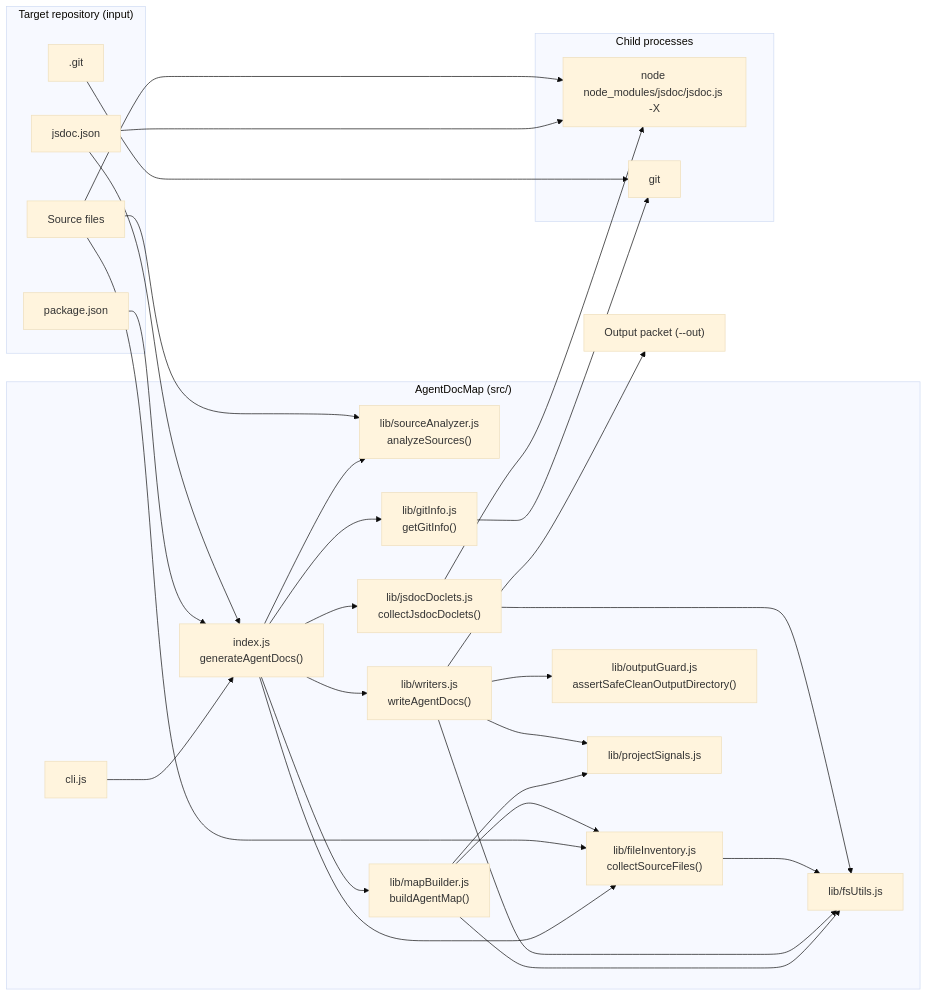
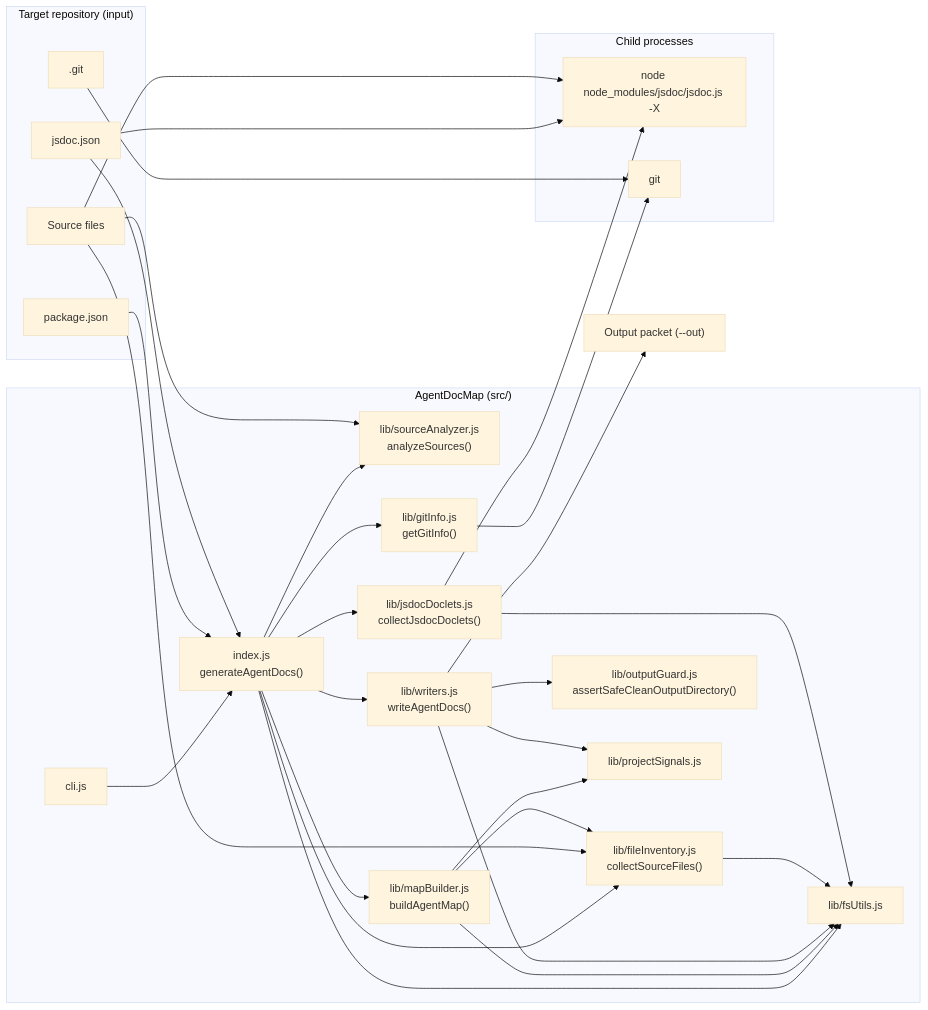
Before and after one commit to Optimal2/AgentDocMap: the first of 5 diagrams in docs/ARCHITECTURE.md, drawn with Mermaid (base theme). The commit also changed other lines of this file and 2 other files, not shown here.

First line of the commit message:
docs: correct security claims in the architecture description

````diff
--- a/docs/ARCHITECTURE.md
+++ b/docs/ARCHITECTURE.md
@@ -67,56 +67,57 @@
 ```mermaid
 flowchart LR
     subgraph Target["Target repository (input)"]
         PJ["package.json"]
         JC["jsdoc.json"]
         SRC["Source files"]
         GIT[".git"]
     end
 
     subgraph ADM["AgentDocMap (src/)"]
         CLI["cli.js"]
         IDX["index.js<br/>generateAgentDocs()"]
         INV["lib/fileInventory.js<br/>collectSourceFiles()"]
         ANA["lib/sourceAnalyzer.js<br/>analyzeSources()"]
         DOC["lib/jsdocDoclets.js<br/>collectJsdocDoclets()"]
         GI["lib/gitInfo.js<br/>getGitInfo()"]
         MB["lib/mapBuilder.js<br/>buildAgentMap()"]
         WR["lib/writers.js<br/>writeAgentDocs()"]
         OG["lib/outputGuard.js<br/>assertSafeCleanOutputDirectory()"]
         PS["lib/projectSignals.js"]
         FU["lib/fsUtils.js"]
     end
 
     subgraph Ext["Child processes"]
         JSD["node node_modules/jsdoc/jsdoc.js -X"]
         GITX["git"]
     end
 
     OUT["Output packet (--out)"]
 
     CLI --> IDX
     IDX --> INV
     IDX --> ANA
     IDX --> DOC
     IDX --> GI
     IDX --> MB
     IDX --> WR
+    IDX --> FU
     PJ --> IDX
     JC --> IDX
     JC --> JSD
     SRC --> INV
     SRC --> ANA
     SRC --> JSD
     GIT --> GITX
     DOC --> JSD
     GI --> GITX
     MB --> INV
     MB --> PS
     MB --> FU
     WR --> OG
     WR --> PS
     WR --> FU
     INV --> FU
     DOC --> FU
     WR --> OUT
 ```
````
